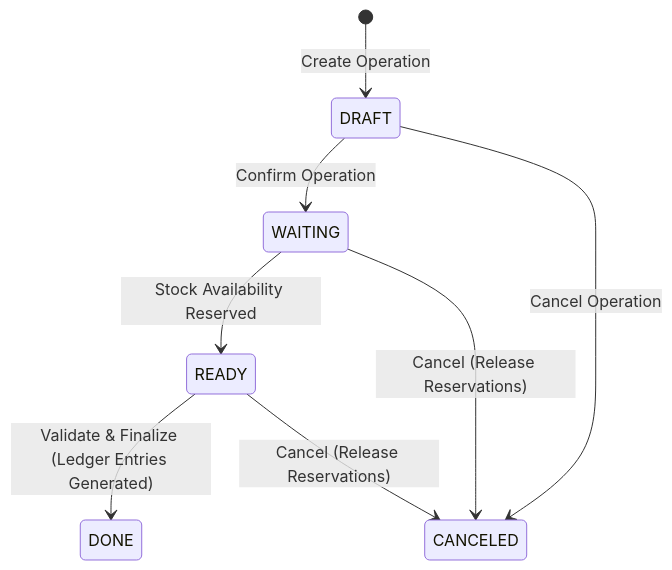
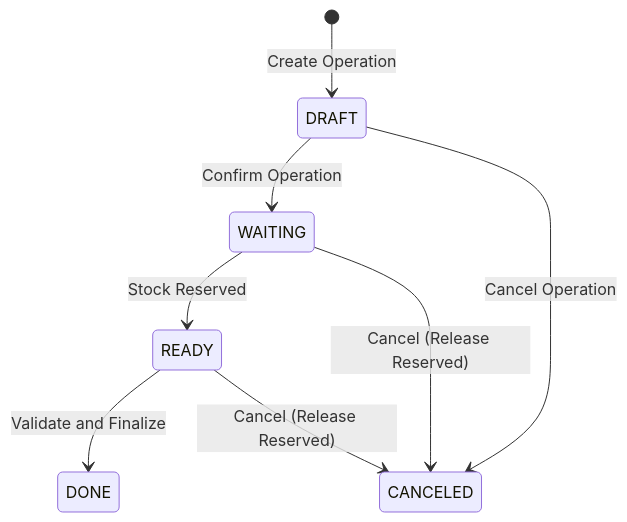
One commit to Manishnemade12/stockSense changed the second of 2 diagrams in README.md. Above: the diagram before and after it, drawn with Mermaid. The commit also changed other lines of this file and 2 other files, not shown here.

Commit message:
docs: add pitch guide and client README while updating architecture diagrams and project overview

````diff
--- a/README.md
+++ b/README.md
@@ -90,10 +84,10 @@
 ```mermaid
 stateDiagram-v2
-    [*] --> DRAFT: Create Operation
-    DRAFT --> WAITING: Confirm Operation
-    WAITING --> READY: Stock Availability Reserved
-    READY --> DONE: Validate & Finalize (Ledger Entries Generated)
-    WAITING --> CANCELED: Cancel (Release Reservations)
-    READY --> CANCELED: Cancel (Release Reservations)
-    DRAFT --> CANCELED: Cancel Operation
+    [*] --> DRAFT : Create Operation
+    DRAFT --> WAITING : Confirm Operation
+    WAITING --> READY : Stock Reserved
+    READY --> DONE : Validate and Finalize
+    WAITING --> CANCELED : Cancel (Release Reserved)
+    READY --> CANCELED : Cancel (Release Reserved)
+    DRAFT --> CANCELED : Cancel Operation
 ```
````
